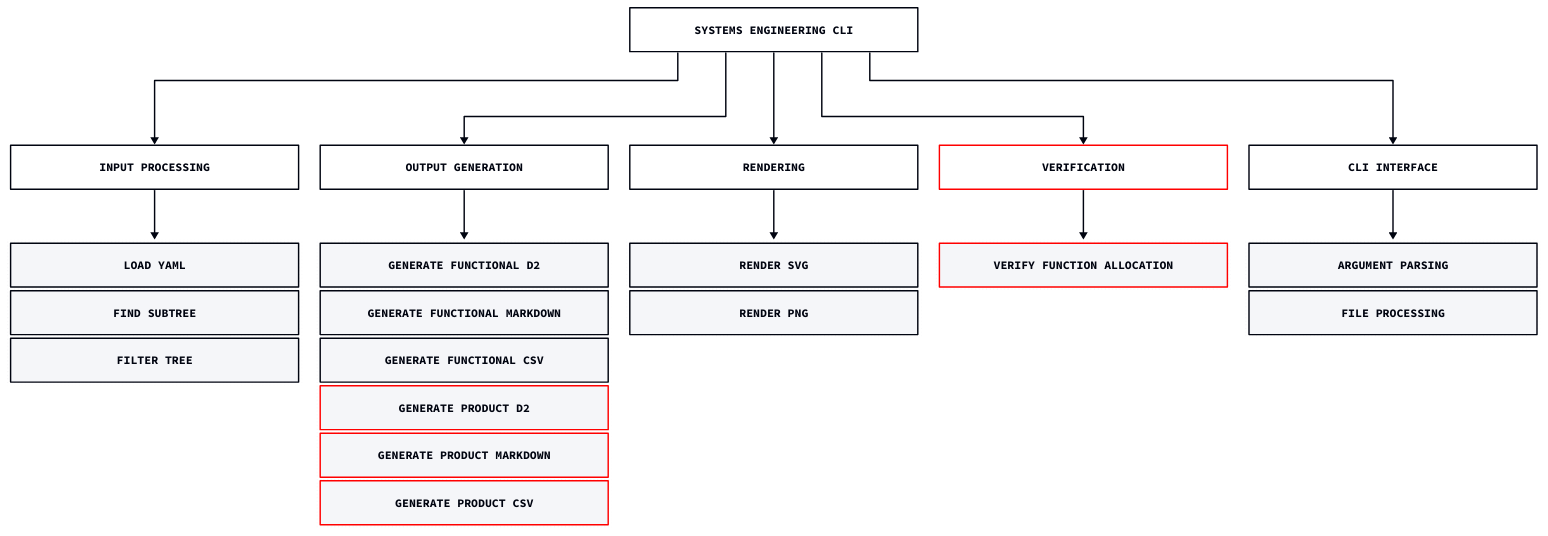
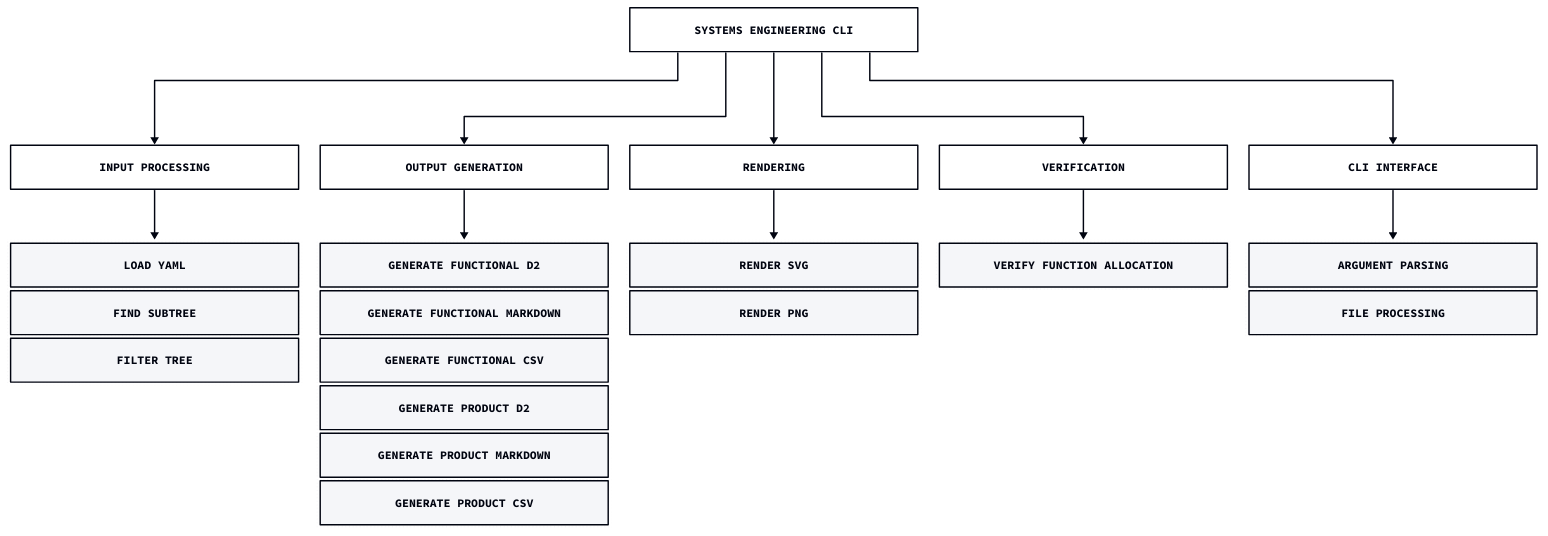
The diagram in design/functional_decomposition.d2 (aidanns/systems-engineering), drawn with D2 before and after one commit. The commit also changed 11 other files, not shown here.

```diff
--- a/design/functional_decomposition.d2
+++ b/design/functional_decomposition.d2
@@ -1,115 +1,110 @@
 vars: {
   d2-config: {
     layout-engine: elk
     # Terminal theme code
     theme-id: 300
   }
 }
 
 direction: down
 
 root: Systems Engineering CLI
 root.width: 400
 
 f0: Input Processing
 f0.width: 400
 root -> f0
 f0_container: "" {
   grid-columns: 1
   grid-rows: 3
   grid-gap: 5
   style: {
     stroke-width: 0
     fill: transparent
   }
   f1: Load YAML
   f1.width: 400
   f2: Find Subtree
   f2.width: 400
   f3: Filter Tree
   f3.width: 400
 }
 f0 -> f0_container
 
 f4: Output Generation
 f4.width: 400
 root -> f4
 f4_container: "" {
   grid-columns: 1
   grid-rows: 6
   grid-gap: 5
   style: {
     stroke-width: 0
     fill: transparent
   }
   f5: Generate Functional D2
   f5.width: 400
   f6: Generate Functional Markdown
   f6.width: 400
   f7: Generate Functional CSV
   f7.width: 400
   f8: Generate Product D2
   f8.width: 400
-  f8.style.stroke: red
   f9: Generate Product Markdown
   f9.width: 400
-  f9.style.stroke: red
   f10: Generate Product CSV
   f10.width: 400
-  f10.style.stroke: red
 }
 f4 -> f4_container
 
 f11: Rendering
 f11.width: 400
 root -> f11
 f11_container: "" {
   grid-columns: 1
   grid-rows: 2
   grid-gap: 5
   style: {
     stroke-width: 0
     fill: transparent
   }
   f12: Render SVG
   f12.width: 400
   f13: Render PNG
   f13.width: 400
 }
 f11 -> f11_container
 
 f14: Verification
 f14.width: 400
-f14.style.stroke: red
 root -> f14
 f14_container: "" {
   grid-columns: 1
   grid-rows: 1
   grid-gap: 5
   style: {
     stroke-width: 0
     fill: transparent
   }
   f15: Verify Function Allocation
   f15.width: 400
-  f15.style.stroke: red
 }
 f14 -> f14_container
 
 f16: CLI Interface
 f16.width: 400
 root -> f16
 f16_container: "" {
   grid-columns: 1
   grid-rows: 2
   grid-gap: 5
   style: {
     stroke-width: 0
     fill: transparent
   }
   f17: Argument Parsing
   f17.width: 400
   f18: File Processing
   f18.width: 400
 }
 f16 -> f16_container
```
